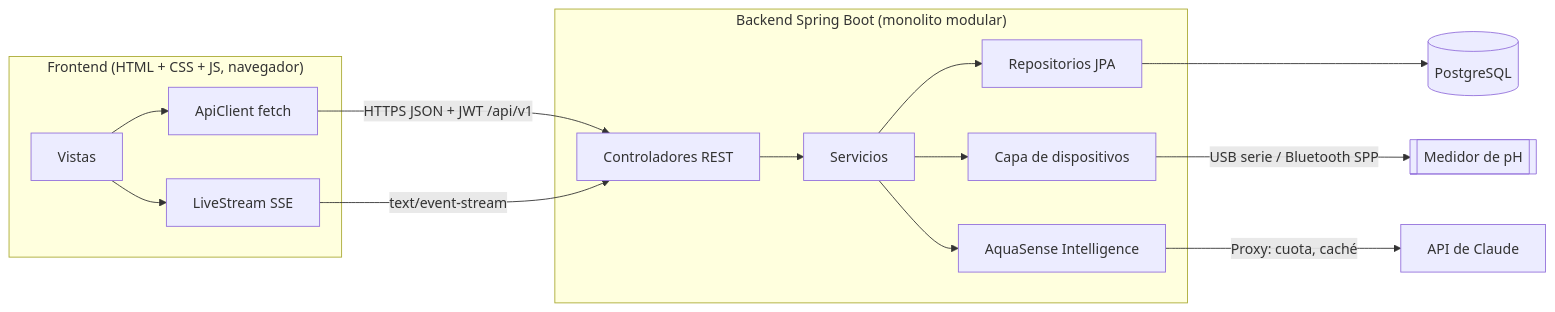
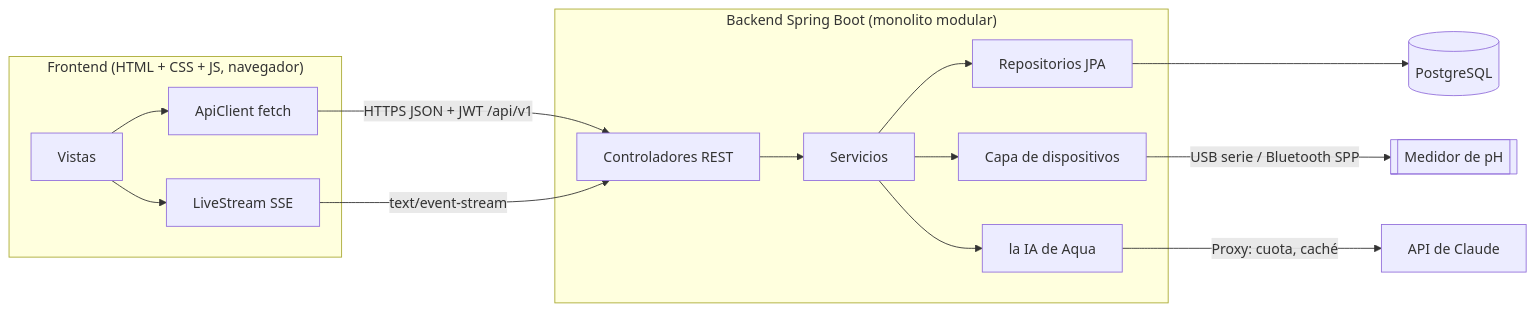
The first of 3 diagrams in docs/Architecture.md (WillC372/BackendPatSft), drawn with Mermaid before and after one commit. The commit also changed other lines of this file and 48 other files, not shown here.

````diff
--- a/docs/Architecture.md
+++ b/docs/Architecture.md
@@ -5,18 +5,18 @@
 ```mermaid
 flowchart LR
   subgraph Cliente["Frontend (HTML + CSS + JS, navegador)"]
     V[Vistas] --> API[ApiClient fetch]
     V --> LS[LiveStream SSE]
   end
   API -- "HTTPS JSON + JWT /api/v1" --> C
   LS -- "text/event-stream" --> C
   subgraph Backend["Backend Spring Boot (monolito modular)"]
     C[Controladores REST] --> S[Servicios]
     S --> R[Repositorios JPA]
     S --> DEV[Capa de dispositivos]
-    S --> IA[AquaSense Intelligence]
+    S --> IA[la IA de Aqua]
   end
   R --> PG[(PostgreSQL)]
   DEV -- "USB serie / Bluetooth SPP" --> HW[[Medidor de pH]]
   IA -- "Proxy: cuota, caché" --> CL[API de Claude]
 ```
````
